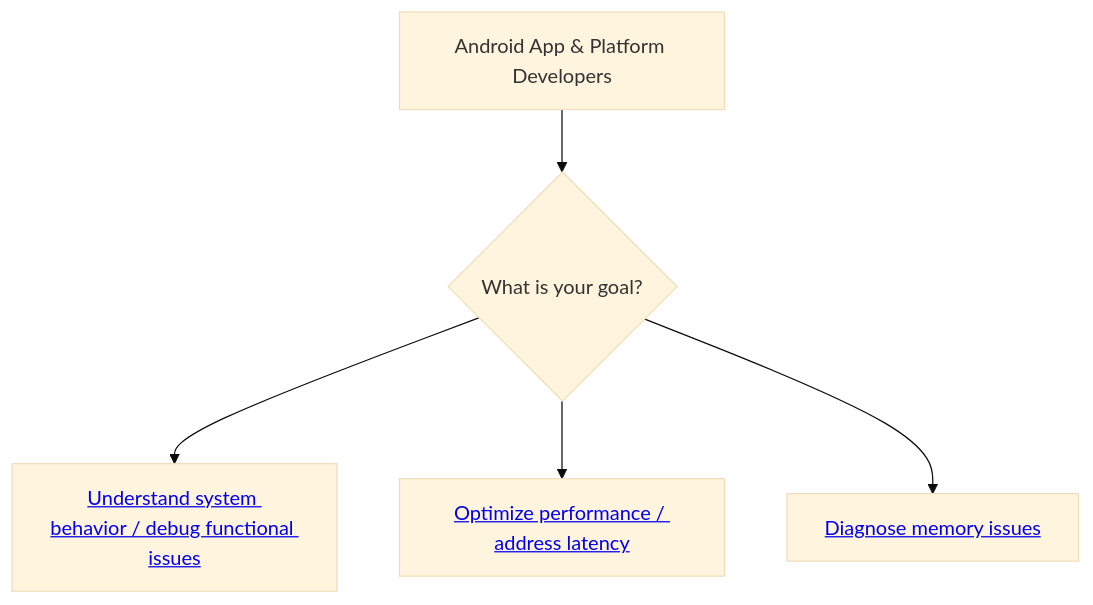
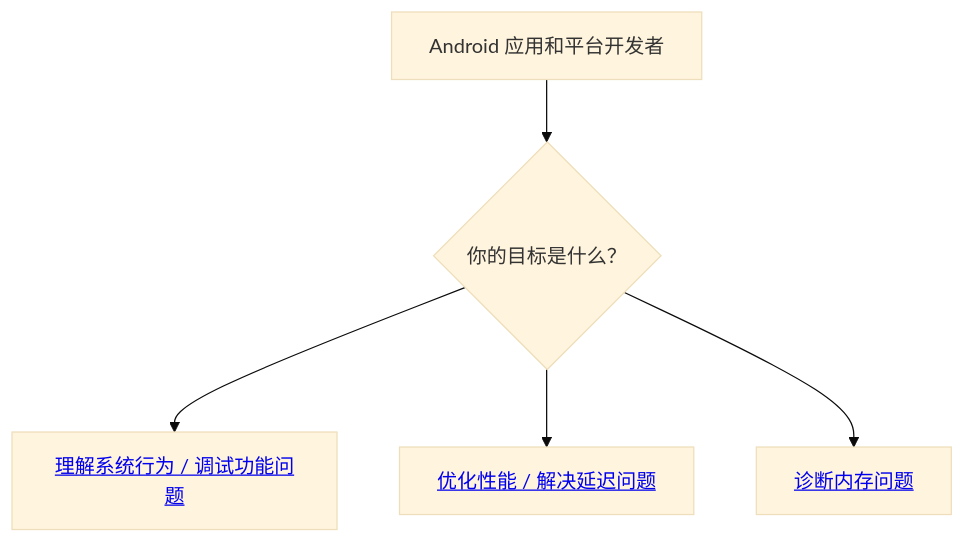
One commit to GuGu-Perf/perfetto-docs-zh-cn changed the second of 2 diagrams in getting-started/start-using-perfetto.md. Above: the diagram before and after it, drawn with Mermaid (base theme). The commit also changed other lines of this file, not shown here.

Commit message:
translate: 将start-using-perfetto中的Mermaid图表英文翻译为中文

````diff
--- a/getting-started/start-using-perfetto.md
+++ b/getting-started/start-using-perfetto.md
@@ -28,7 +28,7 @@
 ```mermaid
 graph TD
-    A[Android App & Platform Developers] --> B{What is your goal?};
-    B --> C["<a href='#android-understanding-system-behavior'>Understand system behavior / debug functional issues</a>"];
-    B --> D["<a href='#android-optimizing-performance'>Optimize performance / address latency</a>"];
-    B --> E["<a href='#android-diagnosing-memory-issues'>Diagnose memory issues</a>"];
+    A[Android 应用和平台开发者] --> B{你的目标是什么？};
+    B --> C["<a href='#android-understanding-system-behavior'>理解系统行为 / 调试功能问题</a>"];
+    B --> D["<a href='#android-optimizing-performance'>优化性能 / 解决延迟问题</a>"];
+    B --> E["<a href='#android-diagnosing-memory-issues'>诊断内存问题</a>"];
 ```
````
